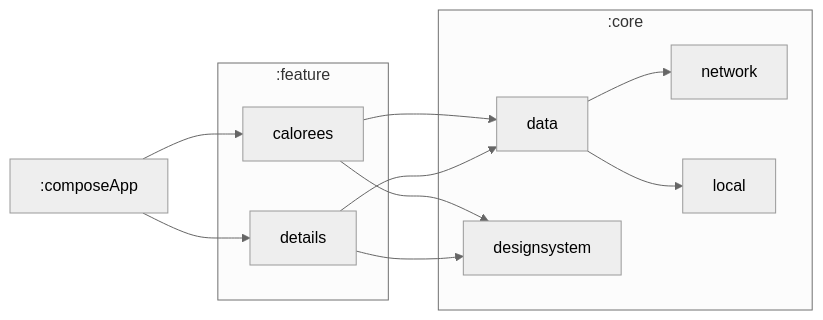
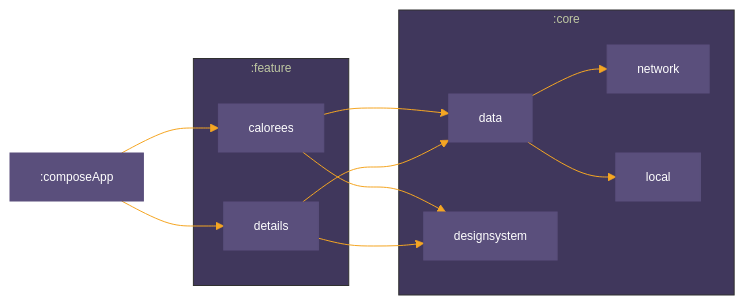
One commit to kibettheophilus/caloree changed the diagram in README.md. Above: the diagram before and after it, drawn with Mermaid. The commit also changed 1 other file, not shown here.

Commit message:
update module graph

````diff
--- a/README.md
+++ b/README.md
@@ -3,27 +3,28 @@
 ```mermaid
 %%{
   init: {
-    'theme': 'neutral'
+    'theme': 'base',
+    'themeVariables': {"primaryTextColor":"#fff","primaryColor":"#5a4f7c","primaryBorderColor":"#5a4f7c","lineColor":"#f5a623","tertiaryColor":"#40375c","fontSize":"12px"}
   }
 }%%
 
 graph LR
   subgraph :core
     :core:data["data"]
     :core:designsystem["designsystem"]
     :core:network["network"]
     :core:local["local"]
   end
   subgraph :feature
     :feature:calorees["calorees"]
     :feature:details["details"]
   end
   :feature:calorees --> :core:data
   :feature:calorees --> :core:designsystem
   :composeApp --> :feature:calorees
   :composeApp --> :feature:details
   :core:data --> :core:network
   :core:data --> :core:local
   :feature:details --> :core:data
   :feature:details --> :core:designsystem
 ```
````
